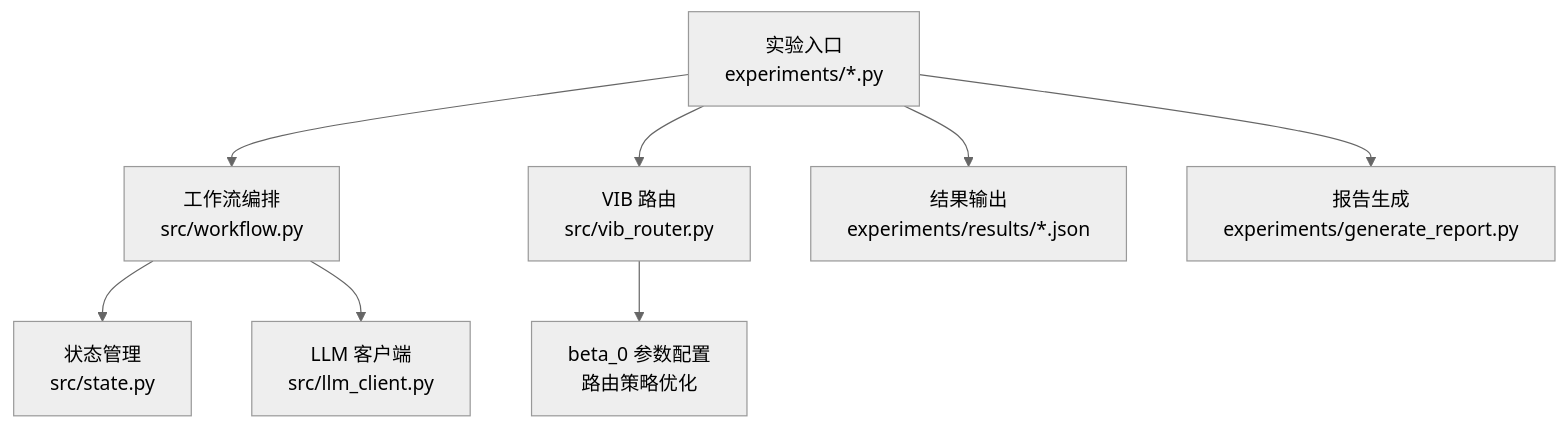
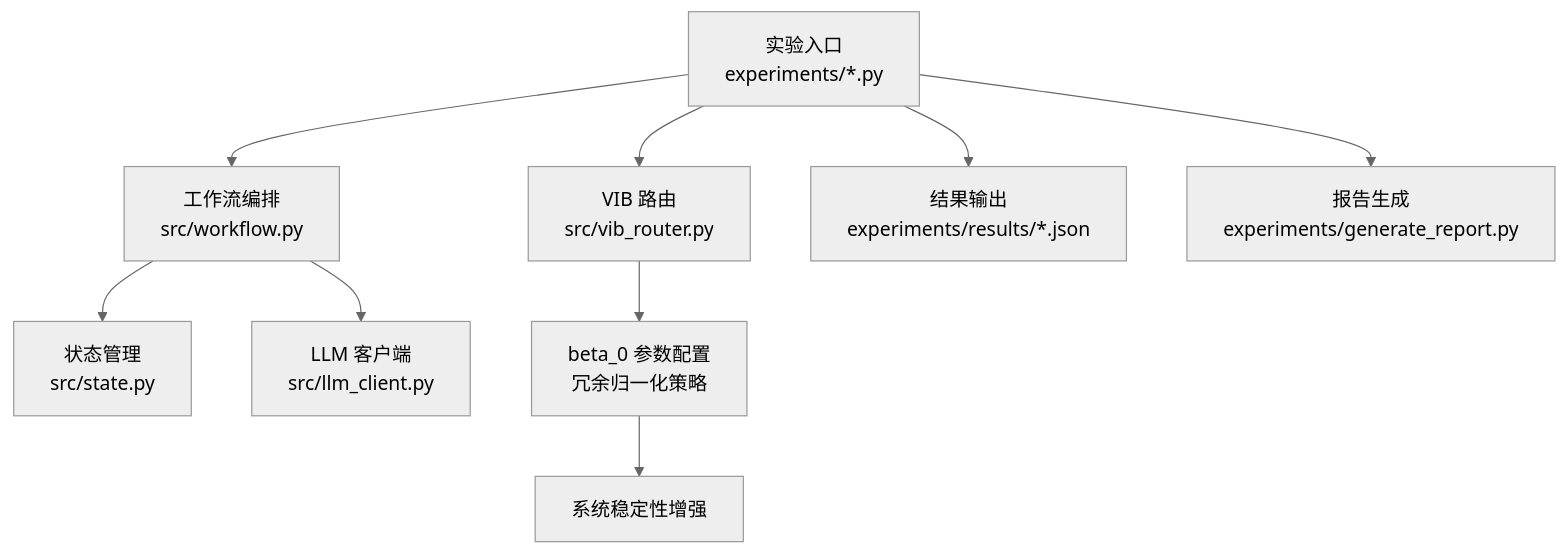
Before and after one commit to QuStarry/VIB-SparseCommunication: the first of 6 diagrams in .qoder/repowiki/zh/content/核心架构/实验框架/大规模集群实验.md, drawn with Mermaid (neutral theme). The commit also changed other lines of this file and 32 other files, not shown here.

````diff
--- a/.qoder/repowiki/zh/content/核心架构/实验框架/大规模集群实验.md
+++ b/.qoder/repowiki/zh/content/核心架构/实验框架/大规模集群实验.md
@@ -51,10 +52,11 @@
 ```mermaid
 graph TB
 A["实验入口<br/>experiments/*.py"] --> B["工作流编排<br/>src/workflow.py"]
 A --> C["VIB 路由<br/>src/vib_router.py"]
 B --> D["状态管理<br/>src/state.py"]
 B --> E["LLM 客户端<br/>src/llm_client.py"]
 A --> F["结果输出<br/>experiments/results/*.json"]
 A --> G["报告生成<br/>experiments/generate_report.py"]
-C --> H["beta_0 参数配置<br/>路由策略优化"]
+C --> H["beta_0 参数配置<br/>冗余归一化策略"]
+H --> I["系统稳定性增强"]
 ```
````
